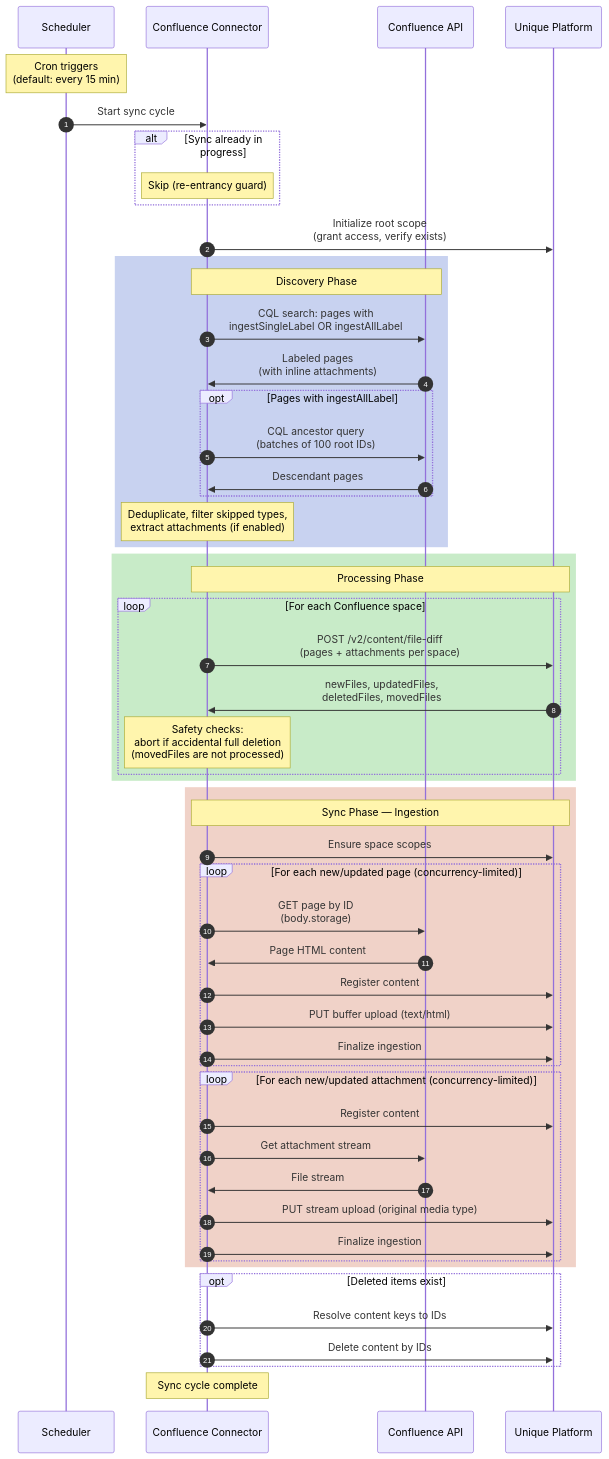
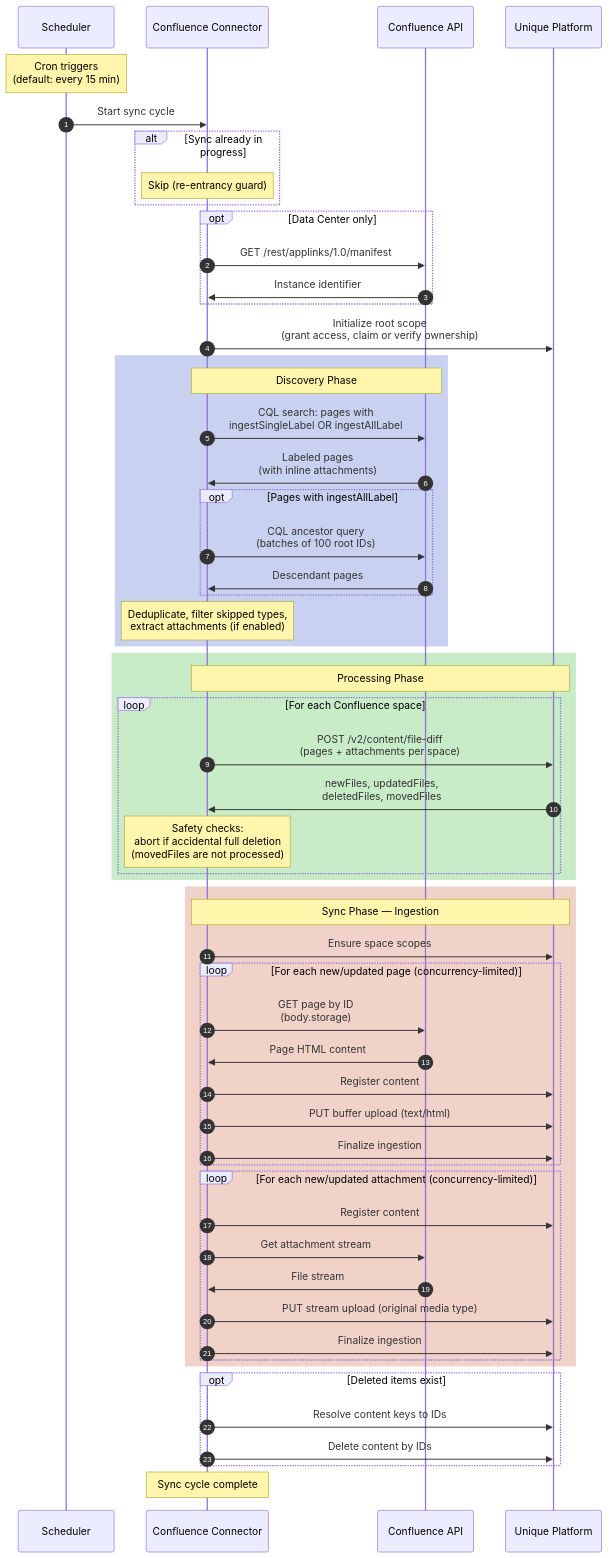
One commit to Unique-AG/connectors changed the second of 6 diagrams in services/confluence-connector/docs/technical/flows.md. Above: the diagram before and after it, drawn with Mermaid. The commit also changed other lines of this file and 5 other files, not shown here.

First line of the commit message:
docs(confluence-connector): document root scope ownership validation

````diff
--- a/services/confluence-connector/docs/technical/flows.md
+++ b/services/confluence-connector/docs/technical/flows.md
@@ -62,67 +62,72 @@
 ```mermaid
 sequenceDiagram
     autonumber
     participant Scheduler
     participant Connector as Confluence Connector
     participant Confluence as Confluence API
     participant Unique as Unique Platform
 
     Note over Scheduler: Cron triggers<br/>(default: every 15 min)
     Scheduler->>Connector: Start sync cycle
 
     alt Sync already in progress
         Note over Connector: Skip (re-entrancy guard)
     end
 
-    Connector->>Unique: Initialize root scope<br/>(grant access, verify exists)
+    opt Data Center only
+        Connector->>Confluence: GET /rest/applinks/1.0/manifest
+        Confluence->>Connector: Instance identifier
+    end
+
+    Connector->>Unique: Initialize root scope<br/>(grant access, claim or verify ownership)
 
     rect rgb(200, 210, 240)
         Note over Connector,Confluence: Discovery Phase
         Connector->>Confluence: CQL search: pages with<br/>ingestSingleLabel OR ingestAllLabel
         Confluence->>Connector: Labeled pages<br/>(with inline attachments)
 
         opt Pages with ingestAllLabel
             Connector->>Confluence: CQL ancestor query<br/>(batches of 100 root IDs)
             Confluence->>Connector: Descendant pages
         end
 
         Note over Connector: Deduplicate, filter skipped types,<br/>extract attachments (if enabled)
     end
 
     rect rgb(200, 235, 200)
         Note over Connector,Unique: Processing Phase
         loop For each Confluence space
             Connector->>Unique: POST /v2/content/file-diff<br/>(pages + attachments per space)
             Unique->>Connector: newFiles, updatedFiles,<br/>deletedFiles, movedFiles
             Note over Connector: Safety checks:<br/>abort if accidental full deletion<br/>(movedFiles are not processed)
         end
     end
 
     rect rgb(240, 210, 200)
         Note over Connector,Unique: Sync Phase — Ingestion
         Connector->>Unique: Ensure space scopes
 
         loop For each new/updated page (concurrency-limited)
             Connector->>Confluence: GET page by ID<br/>(body.storage)
             Confluence->>Connector: Page HTML content
             Connector->>Unique: Register content
             Connector->>Unique: PUT buffer upload (text/html)
             Connector->>Unique: Finalize ingestion
         end
 
         loop For each new/updated attachment (concurrency-limited)
             Connector->>Unique: Register content
             Connector->>Confluence: Get attachment stream
             Confluence->>Connector: File stream
             Connector->>Unique: PUT stream upload (original media type)
             Connector->>Unique: Finalize ingestion
         end
     end
 
     opt Deleted items exist
         Connector->>Unique: Resolve content keys to IDs
         Connector->>Unique: Delete content by IDs
     end
 
     Note over Connector: Sync cycle complete
 ```
````
